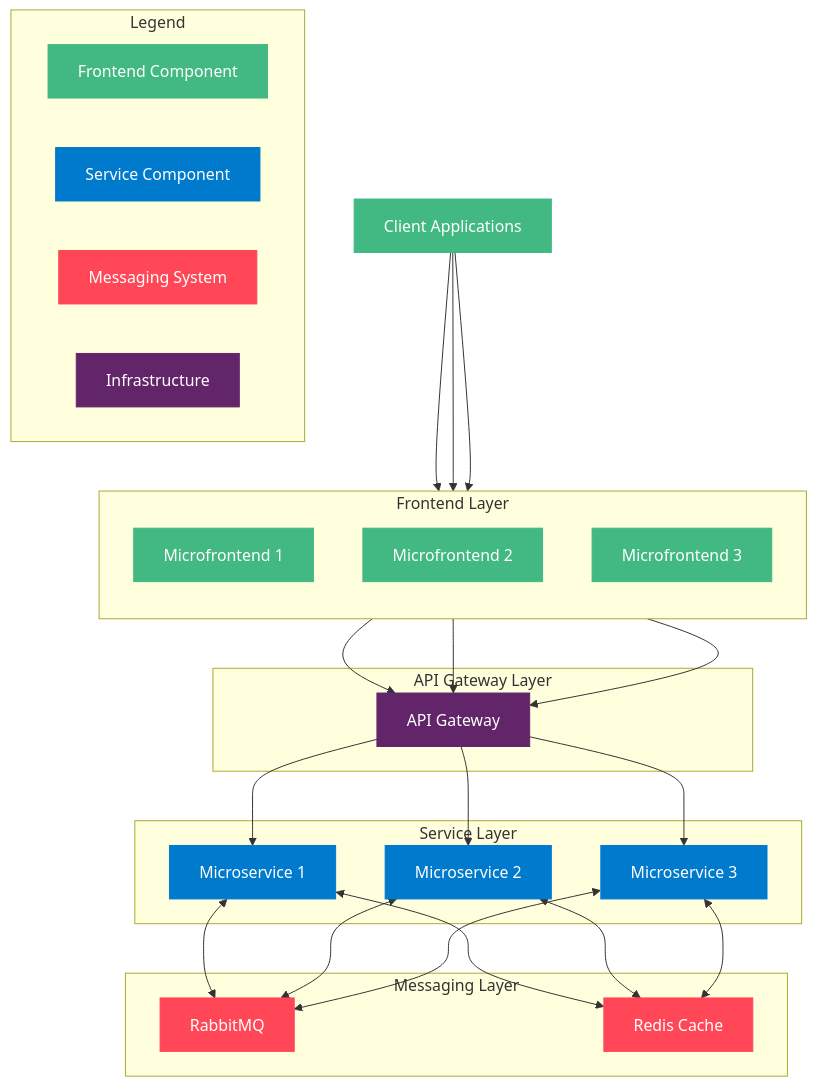
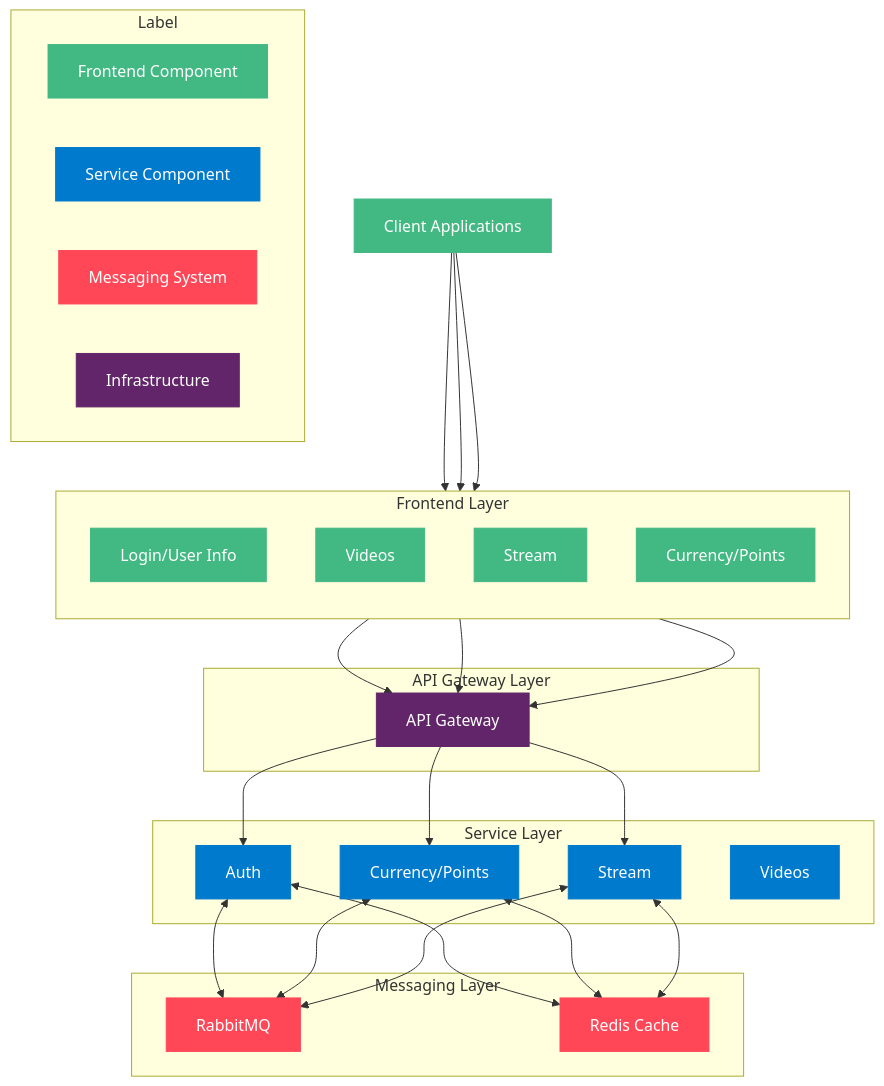
Before and after one commit to KozielGPC/video-streaming-app: the diagram in README.md, drawn with Mermaid.

Commit message:
docs(main): update services

````diff
--- a/README.md
+++ b/README.md
@@ -20,45 +20,47 @@
 ``` mermaid
 flowchart TD
     classDef frontend fill:#42b883,color:#fff,stroke:#42b883
     classDef service fill:#007acc,color:#fff,stroke:#007acc
     classDef messaging fill:#ff4757,color:#fff,stroke:#ff4757
     classDef infra fill:#622569,color:#fff,stroke:#622569
 
     Client[Client Applications]:::frontend
 
     subgraph Frontend["Frontend Layer"]
         direction TB
-        MF1[Microfrontend 1]:::frontend
-        MF2[Microfrontend 2]:::frontend
-        MF3[Microfrontend 3]:::frontend
+        MF1[Login/User Info]:::frontend
+        MF2[Videos]:::frontend
+        MF3[Stream]:::frontend
+        MF4[Currency/Points]:::frontend
     end
 
     subgraph Gateway["API Gateway Layer"]
         AG[API Gateway]:::infra
     end
 
     subgraph Services["Service Layer"]
-        MS1[Microservice 1]:::service
-        MS2[Microservice 2]:::service
-        MS3[Microservice 3]:::service
+        MS1[Auth]:::service
+        MS2[Currency/Points]:::service
+        MS3[Stream]:::service
+        MS4[Videos]:::service
     end
 
     subgraph Messaging["Messaging Layer"]
         RMQ[RabbitMQ]:::messaging
         Redis[Redis Cache]:::messaging
     end
 
     Client --> MF1 & MF2 & MF3
     MF1 & MF2 & MF3 --> AG
     AG --> MS1 & MS2 & MS3
     MS1 & MS2 & MS3 <--> RMQ
     MS1 & MS2 & MS3 <--> Redis
 
-    %% Legend
-    subgraph Legend["Legend"]
+    %% Label
+    subgraph Label["Label"]
         F[Frontend Component]:::frontend
         S[Service Component]:::service
         M[Messaging System]:::messaging
         I[Infrastructure]:::infra
     end
 ```
````
